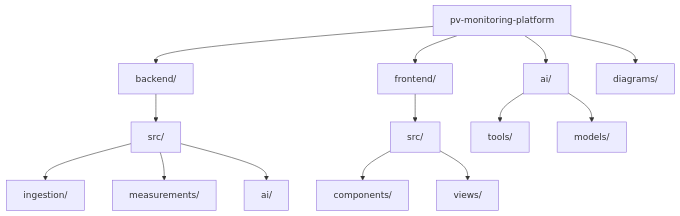
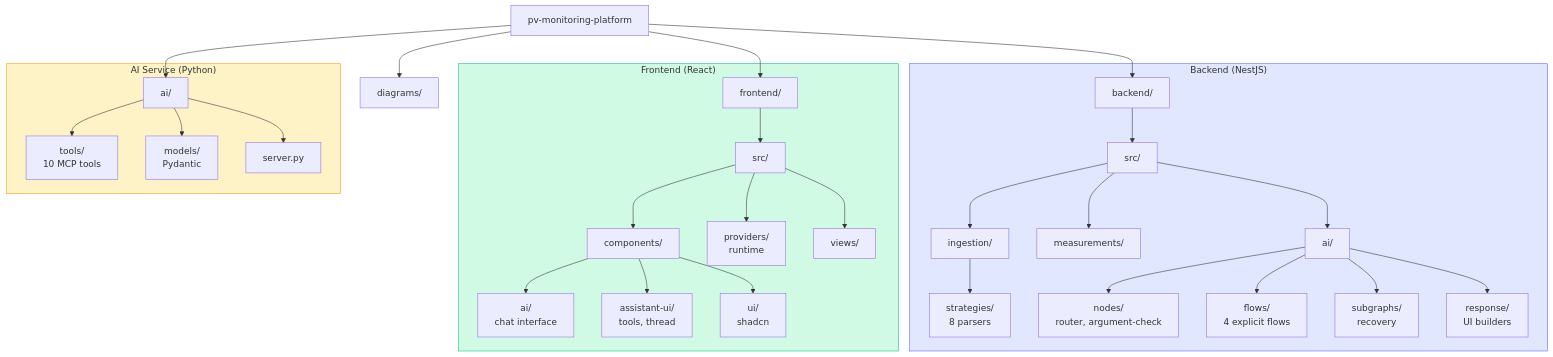
Before and after one commit to Thosam1/pv-monitoring-platform: the diagram in diagrams/markdown/folder-structure.md, drawn with Mermaid. The commit also changed other lines of this file and 7 other files, not shown here.

First line of the commit message:
docs: audit and update mermaid diagrams for technical due diligence

````diff
--- a/diagrams/markdown/folder-structure.md
+++ b/diagrams/markdown/folder-structure.md
@@ -5,21 +5,41 @@
 ```mermaid
 flowchart TB
     Root[pv-monitoring-platform]
 
     Root --> B[backend/]
     Root --> F[frontend/]
     Root --> A[ai/]
     Root --> D[diagrams/]
 
-    B --> BS[src/]
-    BS --> BI[ingestion/]
-    BS --> BM[measurements/]
-    BS --> BA[ai/]
+    subgraph Backend["Backend (NestJS)"]
+        B --> BS[src/]
+        BS --> BI[ingestion/]
+        BI --> BIS[strategies/<br/>8 parsers]
+        BS --> BM[measurements/]
+        BS --> BA[ai/]
+        BA --> BAN[nodes/<br/>router, argument-check]
+        BA --> BAF[flows/<br/>4 explicit flows]
+        BA --> BAS[subgraphs/<br/>recovery]
+        BA --> BAR[response/<br/>UI builders]
+    end
 
-    F --> FS[src/]
-    FS --> FC[components/]
-    FS --> FV[views/]
+    subgraph Frontend["Frontend (React)"]
+        F --> FS[src/]
+        FS --> FC[components/]
+        FC --> FCA[ai/<br/>chat interface]
+        FC --> FCU[assistant-ui/<br/>tools, thread]
+        FC --> FCUI[ui/<br/>shadcn]
+        FS --> FP[providers/<br/>runtime]
+        FS --> FV[views/]
+    end
 
-    A --> AT[tools/]
-    A --> AM[models/]
+    subgraph Python["AI Service (Python)"]
+        A --> AT[tools/<br/>10 MCP tools]
+        A --> AM[models/<br/>Pydantic]
+        A --> AS[server.py]
+    end
+
+    style Backend fill:#e0e7ff,stroke:#6366f1
+    style Frontend fill:#d1fae5,stroke:#10b981
+    style Python fill:#fef3c7,stroke:#f59e0b
 ```
````
